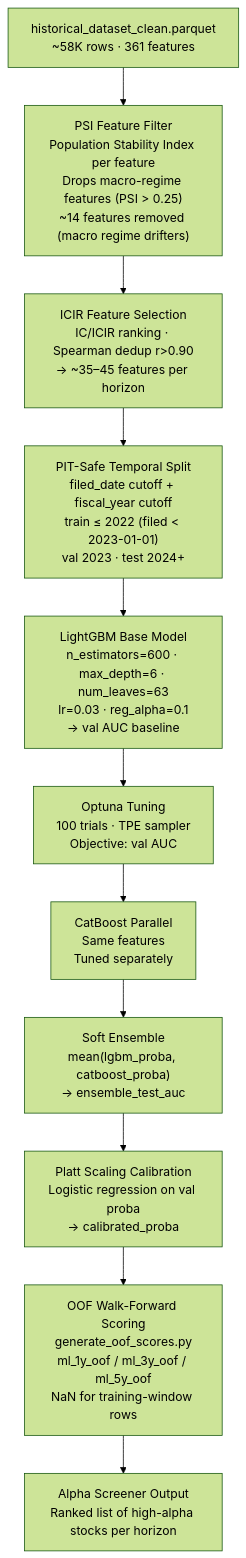
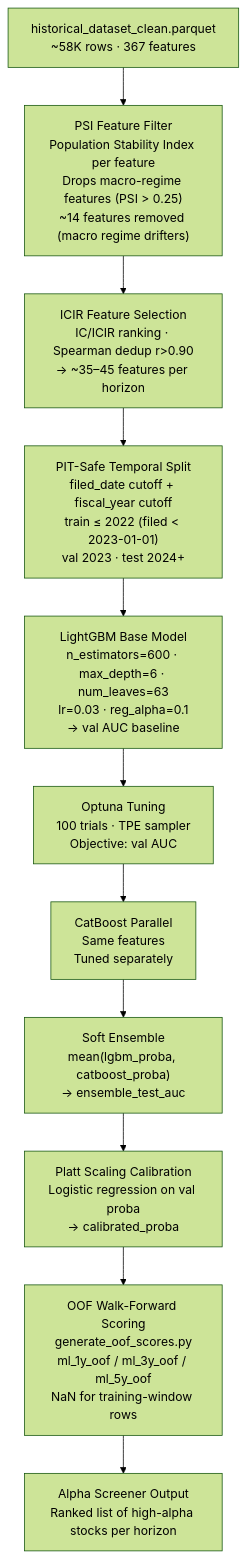
One commit to sherlock718/stock-fraud-screener changed the diagram in docs/methodology/models.md. Above: the diagram before and after it, drawn with Mermaid (forest theme). The commit also changed 5 other files, not shown here.

First line of the commit message:
docs(architecture): sync architecture docs with current repo structure

````diff
--- a/docs/methodology/models.md
+++ b/docs/methodology/models.md
@@ -5,13 +5,13 @@
 ```mermaid
 flowchart TD
-    A["historical_dataset_clean.parquet<br/>~58K rows · 361 features"] --> PSI["PSI Feature Filter<br/>Population Stability Index per feature<br/>Drops macro-regime features (PSI > 0.25)<br/>~14 features removed (macro regime drifters)"]
+    A["historical_dataset_clean.parquet<br/>~58K rows · 367 features"] --> PSI["PSI Feature Filter<br/>Population Stability Index per feature<br/>Drops macro-regime features (PSI > 0.25)<br/>~14 features removed (macro regime drifters)"]
     PSI --> B["ICIR Feature Selection<br/>IC/ICIR ranking · Spearman dedup r>0.90<br/>→ ~35–45 features per horizon"]
     B --> C["PIT-Safe Temporal Split<br/>filed_date cutoff + fiscal_year cutoff<br/>train ≤ 2022 (filed < 2023-01-01)<br/>val 2023 · test 2024+"]
     C --> D["LightGBM Base Model<br/>n_estimators=600 · max_depth=6 · num_leaves=63<br/>lr=0.03 · reg_alpha=0.1<br/>→ val AUC baseline"]
     D --> E["Optuna Tuning<br/>100 trials · TPE sampler<br/>Objective: val AUC"]
     E --> F["CatBoost Parallel<br/>Same features<br/>Tuned separately"]
     F --> G["Soft Ensemble<br/>mean(lgbm_proba, catboost_proba)<br/>→ ensemble_test_auc"]
     G --> H["Platt Scaling Calibration<br/>Logistic regression on val proba<br/>→ calibrated_proba"]
     H --> I["OOF Walk-Forward Scoring<br/>generate_oof_scores.py<br/>ml_1y_oof / ml_3y_oof / ml_5y_oof<br/>NaN for training-window rows"]
     I --> J["Alpha Screener Output<br/>Ranked list of high-alpha stocks per horizon"]
 ```
````
